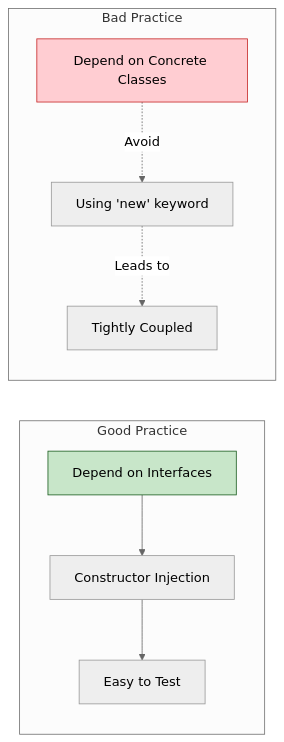
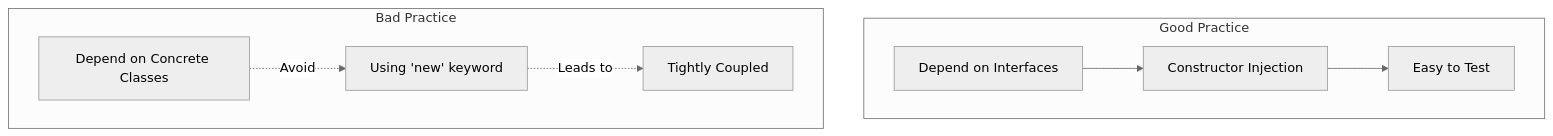
Before and after one commit to o2alexanderfedin/angular-cas-disot: the eighth of 9 diagrams in docs/services/README.md, drawn with Mermaid (neutral theme). The commit also changed other lines of this file and 18 other files, not shown here.

````diff
--- a/docs/services/README.md
+++ b/docs/services/README.md
@@ -271,23 +271,20 @@
 ```mermaid
-graph LR
+graph TD
     subgraph "Good Practice"
         INTERFACE[Depend on Interfaces]
         INJECT[Constructor Injection]
         TESTABLE[Easy to Test]
     end
     
     subgraph "Bad Practice"
         CONCRETE[Depend on Concrete Classes]
         NEW[Using 'new' keyword]
         COUPLED[Tightly Coupled]
     end
     
     INTERFACE --> INJECT
     INJECT --> TESTABLE
     
     CONCRETE -.->|Avoid| NEW
     NEW -.->|Leads to| COUPLED
-    
-    style INTERFACE fill:#c8e6c9,stroke:#1b5e20
-    style CONCRETE fill:#ffcdd2,stroke:#c62828
 ```
````
